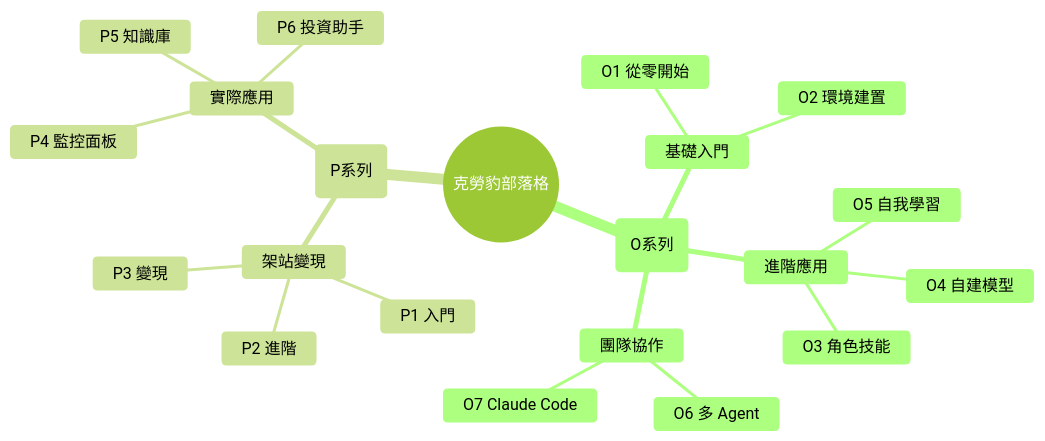
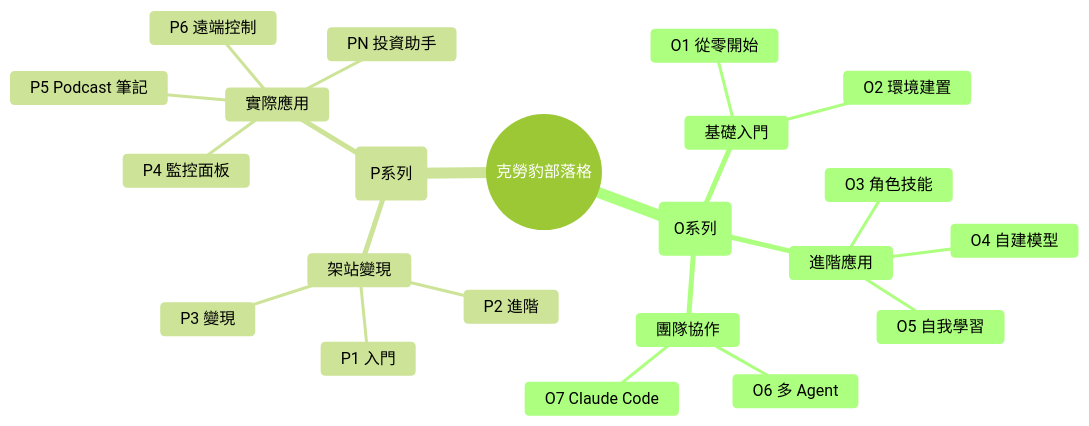
The diagram in content/index.md (clawdbot520/my-blog), drawn with Mermaid (forest theme) before and after one commit. The commit also changed other lines of this file, not shown here.

````diff
--- a/content/index.md
+++ b/content/index.md
@@ -65,24 +66,25 @@
 ```mermaid
 mindmap
   root((克勞豹部落格))
     教學(O系列)
       基礎入門
         O1 從零開始
         O2 環境建置
       進階應用
         O3 角色技能
         O4 自建模型
         O5 自我學習
       團隊協作
         O6 多 Agent
         O7 Claude Code
     案例(P系列)
       架站變現
         P1 入門
         P2 進階
         P3 變現
       實際應用
         P4 監控面板
-        P5 知識庫
-        P6 投資助手
+        P5 Podcast 筆記
+        P6 遠端控制
+        PN 投資助手
 ```
````
